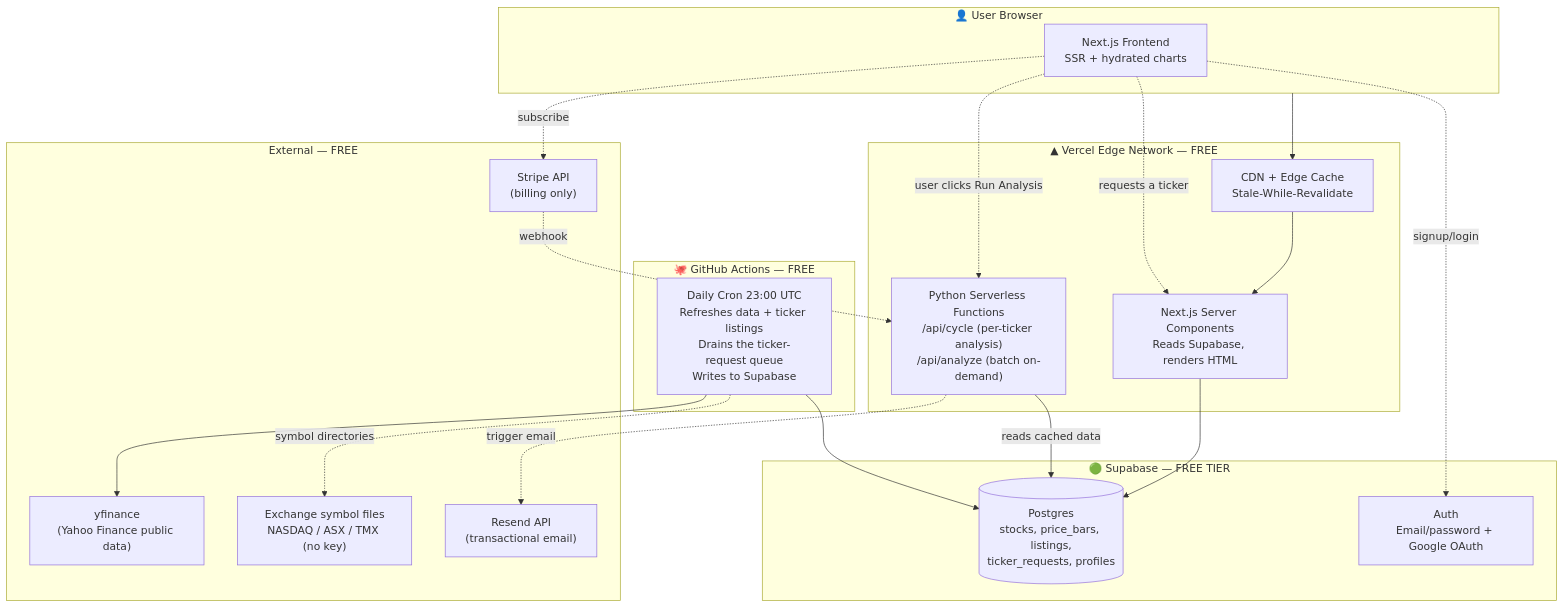
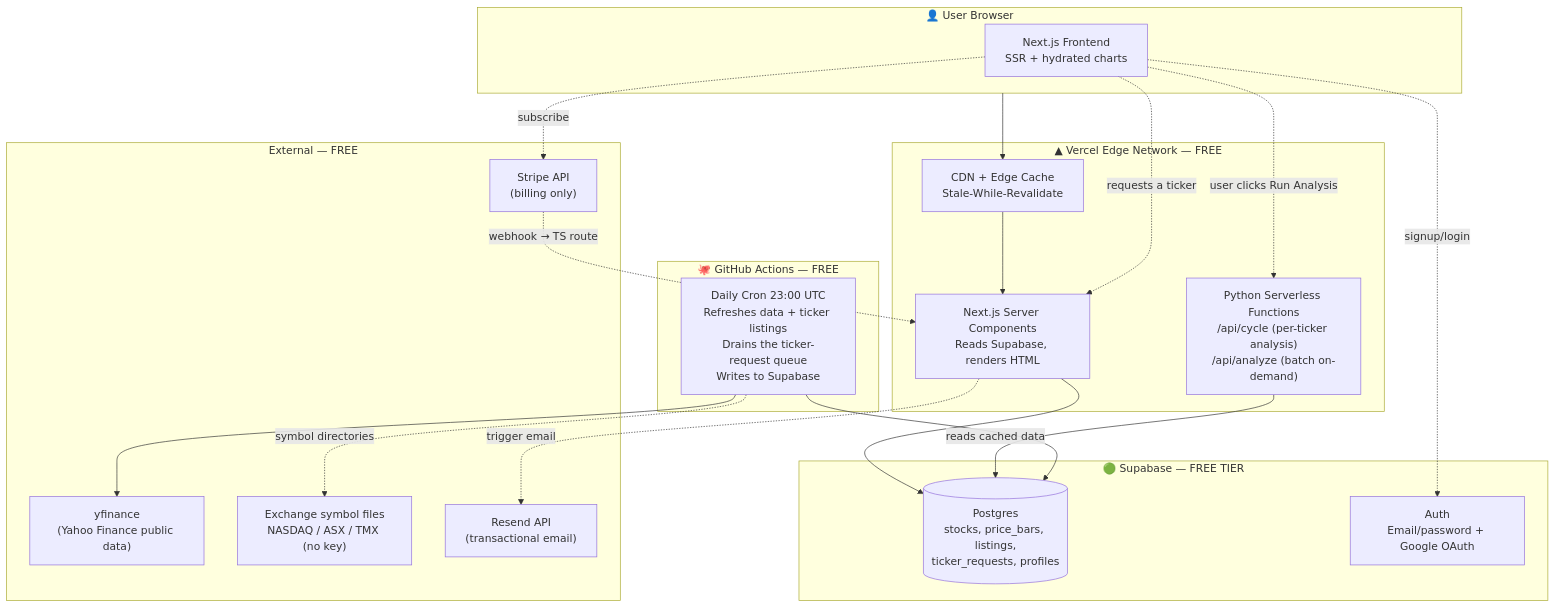
Before and after one commit to ayaatnibrasaziz/majorcycle: the diagram in docs/architecture.md, drawn with Mermaid. The commit also changed other lines of this file and 3 other files, not shown here.

````diff
--- a/docs/architecture.md
+++ b/docs/architecture.md
@@ -13,42 +13,42 @@
 ```mermaid
 flowchart TB
     subgraph User["👤 User Browser"]
         UI["Next.js Frontend<br/>SSR + hydrated charts"]
     end
 
     subgraph Vercel["▲ Vercel Edge Network — FREE"]
         Edge["CDN + Edge Cache<br/>Stale-While-Revalidate"]
         SSR["Next.js Server Components<br/>Reads Supabase, renders HTML"]
         PyFn["Python Serverless Functions<br/>/api/cycle (per-ticker analysis)<br/>/api/analyze (batch on-demand)"]
     end
 
     subgraph Supabase["🟢 Supabase — FREE TIER"]
         DB[("Postgres<br/>stocks, price_bars, listings,<br/>ticker_requests, profiles")]
         Auth["Auth<br/>Email/password + Google OAuth"]
     end
 
     subgraph GHA["🐙 GitHub Actions — FREE"]
         Cron["Daily Cron 23:00 UTC<br/>Refreshes data + ticker listings<br/>Drains the ticker-request queue<br/>Writes to Supabase"]
     end
 
     subgraph External["External — FREE"]
         YF["yfinance<br/>(Yahoo Finance public data)"]
         ExchFiles["Exchange symbol files<br/>NASDAQ / ASX / TMX (no key)"]
         Stripe["Stripe API<br/>(billing only)"]
         Resend["Resend API<br/>(transactional email)"]
     end
 
     User --> Edge
     Edge --> SSR
     SSR --> DB
     UI -.->|user clicks Run Analysis| PyFn
     UI -.->|requests a ticker| SSR
     PyFn -->|reads cached data| DB
     Cron --> YF
     Cron -.->|symbol directories| ExchFiles
     Cron --> DB
     UI -.->|signup/login| Auth
     UI -.->|subscribe| Stripe
-    Stripe -.->|webhook| PyFn
-    PyFn -.->|trigger email| Resend
+    Stripe -.->|webhook → TS route| SSR
+    SSR -.->|trigger email| Resend
 ```
````
